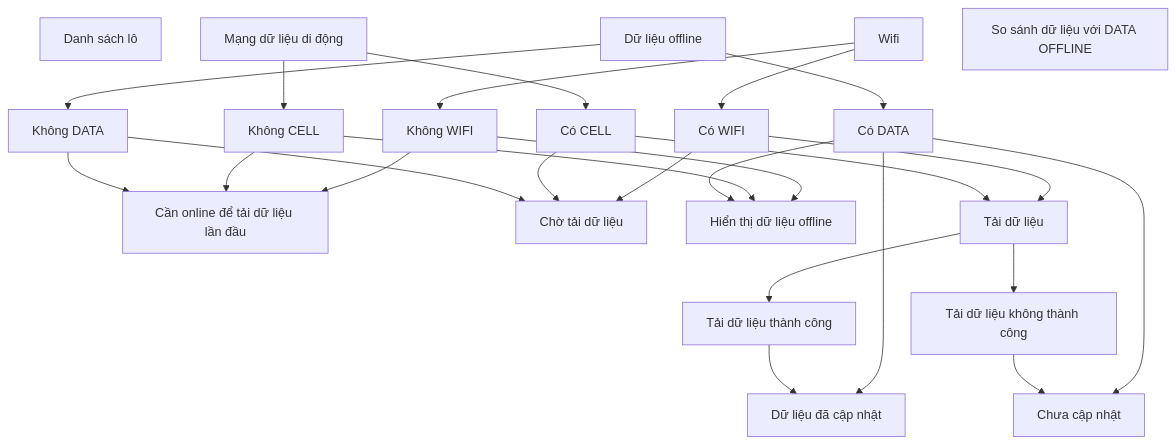
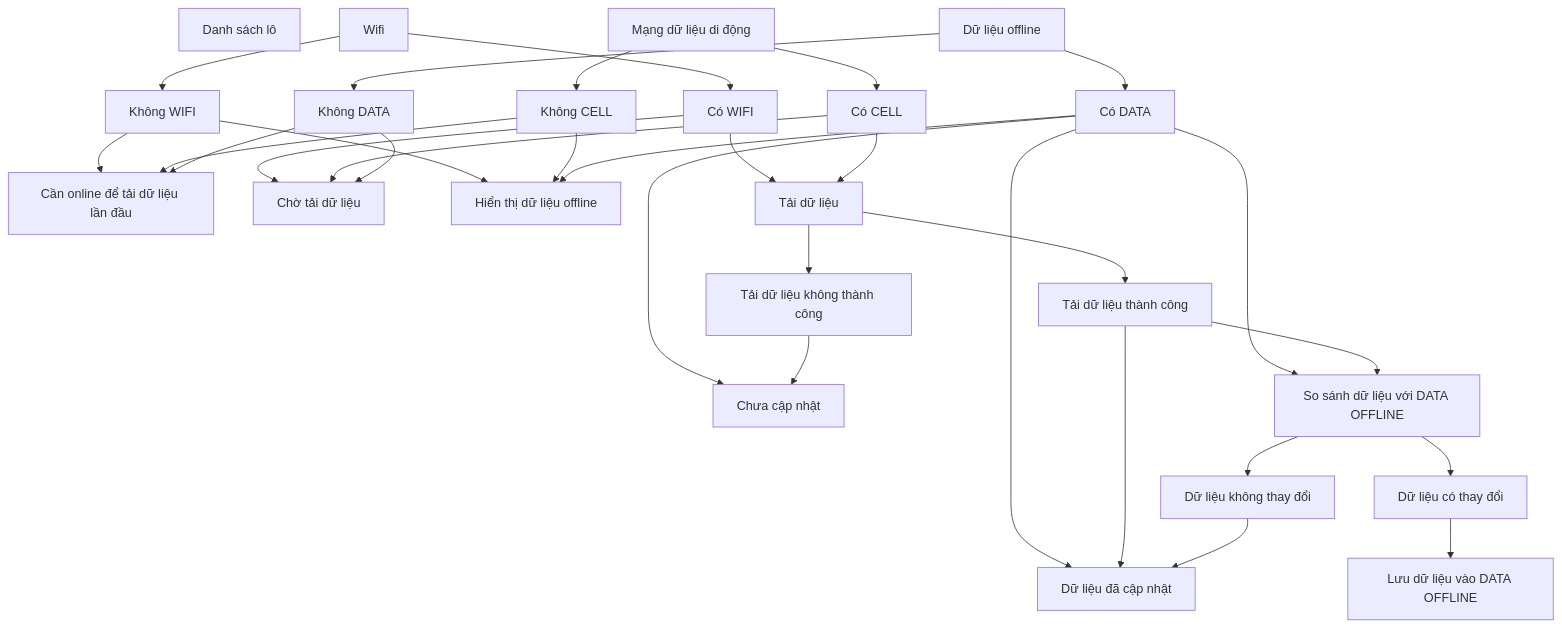
One commit to trethanhphat/tre-thanh-phat-pwa-docs changed the diagram in docs/batches-flow.md. Above: the diagram before and after it, drawn with Mermaid.

````diff
--- a/docs/batches-flow.md
+++ b/docs/batches-flow.md
@@ -1,63 +1,75 @@
 ```mermaid
 flowchart TD
 A["Danh sách lô"]
 CELL["Mạng dữ liệu di động"]
 
 CELL --> CELL-Y["Có CELL"]
 CELL --> CELL-N["Không CELL"]
 
 WIFI["Wifi"]
 
 WIFI --> WIFI-Y["Có WIFI"]
 WIFI --> WIFI-N["Không WIFI"]
 
 DATA["Dữ liệu offline"]
 
 DATA --> DATA-Y["Có DATA"]
 DATA --> DATA-N["Không DATA"]
 
 
 
 EMPTY["Cần online để tải dữ liệu lần đầu"]
 
 WIFI-N --> EMPTY
 CELL-N --> EMPTY
 DATA-N --> EMPTY
 
 WAIT["Chờ tải dữ liệu"]
 
 WIFI-Y --> WAIT
 CELL-Y --> WAIT
 DATA-N --> WAIT
 
 
 OFFLINE["Hiển thị dữ liệu offline"]
 
 WIFI-N --> OFFLINE
 CELL-N --> OFFLINE
 DATA-Y --> OFFLINE
 
 FETCH["Tải dữ liệu"]
 
 WIFI-Y --> FETCH
 CELL-Y --> FETCH
 
 FETCH-Y["Tải dữ liệu thành công"]
 FETCH-N["Tải dữ liệu không thành công"]
 
 FETCH --> FETCH-Y
 FETCH --> FETCH-N
 
 SUCCESS["Dữ liệu đã cập nhật"]
 
 DATA-Y --> SUCCESS
 FETCH-Y --> SUCCESS
 
 FAIL["Chưa cập nhật"]
 DATA-Y --> FAIL
 FETCH-N --> FAIL
 
 COMPARE["So sánh dữ liệu với DATA OFFLINE"]
 
+DATA-Y --> COMPARE
+FETCH-Y --> COMPARE
+
+COMPARE --> COMPARE-Y["Dữ liệu có thay đổi"]
+COMPARE --> COMPARE-N["Dữ liệu không thay đổi"]
+
+COMPARE-N --> SUCCESS
+
+SAVE["Lưu dữ liệu vào DATA OFFLINE"]
+
+COMPARE-Y --> SAVE
+
 
 ```
````
